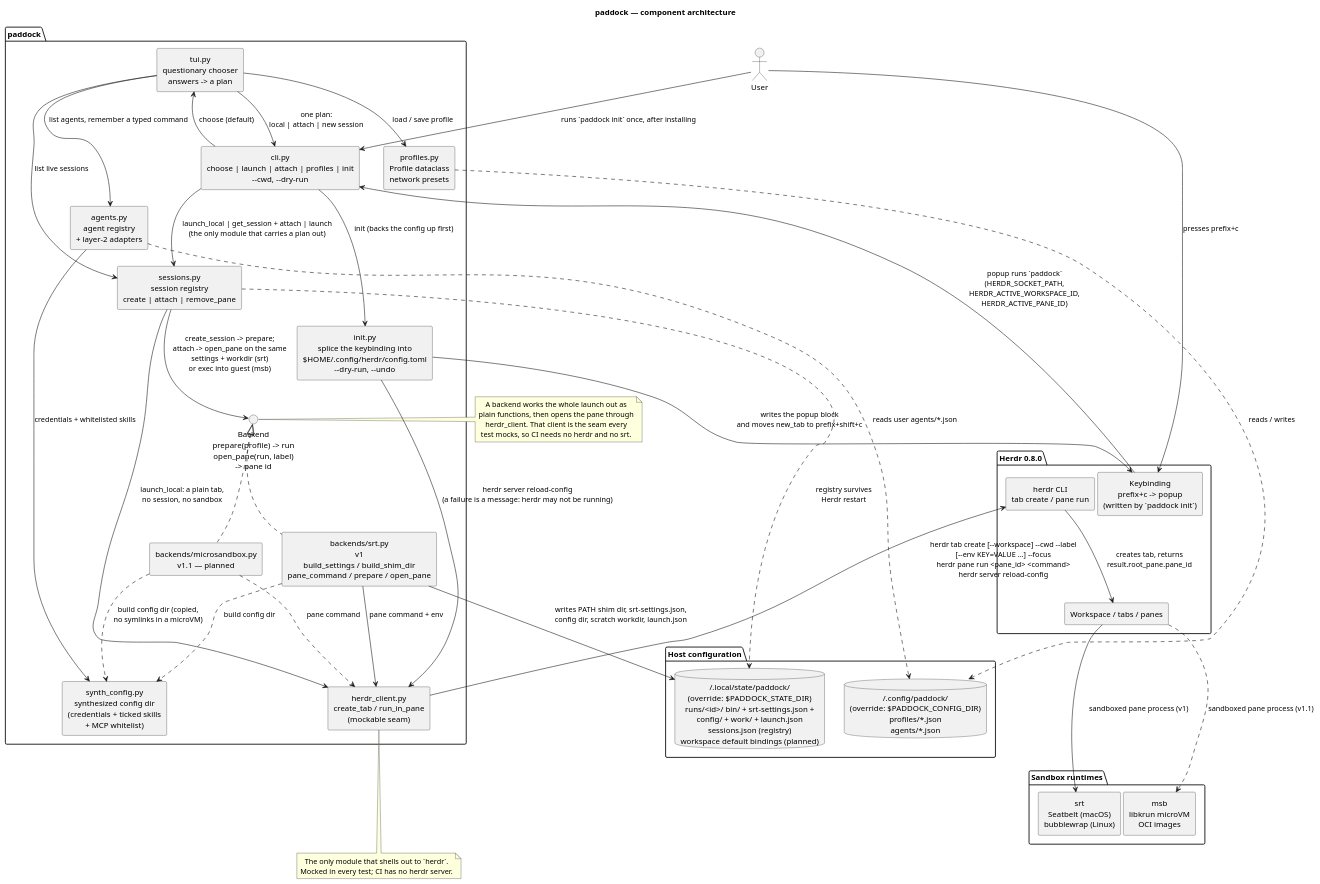
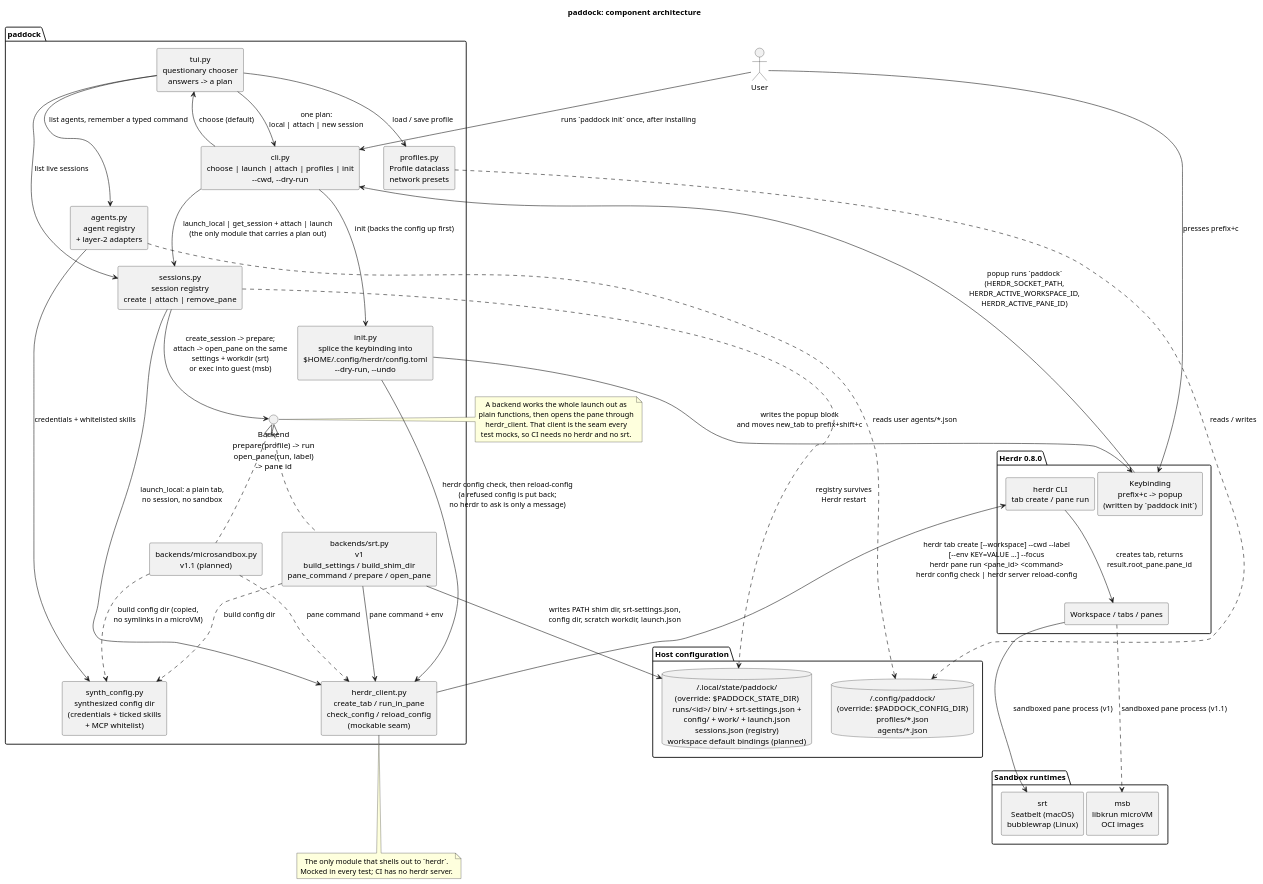
One commit to paddock-sh/paddock changed the diagram in docs/diagrams/architecture.puml. Above: the diagram before and after it, drawn with PlantUML. The commit also changed 7 other files, not shown here.

First line of the commit message:
fix: make `paddock init` safe on every config shape

```diff
--- a/docs/diagrams/architecture.puml
+++ b/docs/diagrams/architecture.puml
@@ -1,85 +1,85 @@
 @startuml architecture
-title paddock — component architecture
+title paddock: component architecture
 
 skinparam componentStyle rectangle
 skinparam shadowing false
 skinparam defaultTextAlignment center
 
 actor User
 
 package "Herdr 0.8.0" {
   [Keybinding\nprefix+c -> popup\n(written by `paddock init`)] as Keybinding
   [herdr CLI\ntab create / pane run] as HerdrCLI
   [Workspace / tabs / panes] as HerdrUI
 }
 
 package "paddock" {
   [cli.py\nchoose | launch | attach | profiles | init\n~--cwd, ~--dry-run] as CLI
   [init.py\nsplice the keybinding into\n$HOME/.config/herdr/config.toml\n~--dry-run, ~--undo] as Init
   [tui.py\nquestionary chooser\nanswers -> a plan] as TUI
   [sessions.py\nsession registry\ncreate | attach | remove_pane] as Sessions
   [profiles.py\nProfile dataclass\nnetwork presets] as Profiles
   [agents.py\nagent registry\n+ layer-2 adapters] as Agents
   [synth_config.py\nsynthesized config dir\n(credentials + ticked skills\n+ MCP whitelist)] as SynthConfig
   interface "Backend\nprepare(profile) -> run\nopen_pane(run, label)\n-> pane id" as BackendAPI
   [backends/srt.py\nv1\nbuild_settings / build_shim_dir\npane_command / prepare / open_pane] as SrtBackend
-  [backends/microsandbox.py\nv1.1 — planned] as MsbBackend
-  [herdr_client.py\ncreate_tab / run_in_pane\n(mockable seam)] as HerdrClient
+  [backends/microsandbox.py\nv1.1 (planned)] as MsbBackend
+  [herdr_client.py\ncreate_tab / run_in_pane\ncheck_config / reload_config\n(mockable seam)] as HerdrClient
 }
 
 package "Host configuration" {
   database "~/.config/paddock/\n(override: $PADDOCK_CONFIG_DIR)\nprofiles/*.json\nagents/*.json" as ConfigFiles
   database "~/.local/state/paddock/\n(override: $PADDOCK_STATE_DIR)\nruns/<id>/ bin/ + srt-settings.json +\nconfig/ + work/ + launch.json\nsessions.json (registry)\nworkspace default bindings (planned)" as RunDir
 }
 
 package "Sandbox runtimes" {
   [srt\nSeatbelt (macOS)\nbubblewrap (Linux)] as Srt
   [msb\nlibkrun microVM\nOCI images] as Msb
 }
 
 User --> CLI : runs `paddock init` once, after installing
 CLI --> Init : init (backs the config up first)
 Init --> Keybinding : writes the popup block\nand moves new_tab to prefix+shift+c
-Init --> HerdrClient : herdr server reload-config\n(a failure is a message: herdr may not be running)
+Init --> HerdrClient : herdr config check, then reload-config\n(a refused config is put back;\nno herdr to ask is only a message)
 User --> Keybinding : presses prefix+c
 Keybinding --> CLI : popup runs `paddock`\n(HERDR_SOCKET_PATH,\nHERDR_ACTIVE_WORKSPACE_ID,\nHERDR_ACTIVE_PANE_ID)
 CLI --> TUI : choose (default)
 TUI --> CLI : one plan:\nlocal | attach | new session
 TUI --> Profiles : load / save profile
 TUI --> Agents : list agents, remember a typed command
 TUI --> Sessions : list live sessions
 Sessions ..> RunDir : registry survives\nHerdr restart
 Profiles ..> ConfigFiles : reads / writes
 Agents ..> ConfigFiles : reads user agents/*.json
 
 CLI --> Sessions : launch_local | get_session + attach | launch\n(the only module that carries a plan out)
 BackendAPI <|.. SrtBackend
 BackendAPI <|.. MsbBackend
 
 SrtBackend --> RunDir : writes PATH shim dir, srt-settings.json,\nconfig dir, scratch workdir, launch.json
 Sessions --> BackendAPI : create_session -> prepare;\nattach -> open_pane on the same\nsettings + workdir (srt)\nor exec into guest (msb)
 Sessions --> HerdrClient : launch_local: a plain tab,\nno session, no sandbox
 SrtBackend ..> SynthConfig : build config dir
 MsbBackend ..> SynthConfig : build config dir (copied,\nno symlinks in a microVM)
 Agents --> SynthConfig : credentials + whitelisted skills
 
 SrtBackend --> HerdrClient : pane command + env
 MsbBackend ..> HerdrClient : pane command
-HerdrClient --> HerdrCLI : herdr tab create [~--workspace] ~--cwd ~--label\n[~--env KEY=VALUE ...] ~--focus\nherdr pane run <pane_id> <command>\nherdr server reload-config
+HerdrClient --> HerdrCLI : herdr tab create [~--workspace] ~--cwd ~--label\n[~--env KEY=VALUE ...] ~--focus\nherdr pane run <pane_id> <command>\nherdr config check | herdr server reload-config
 HerdrCLI --> HerdrUI : creates tab, returns\nresult.root_pane.pane_id
 HerdrUI --> Srt : sandboxed pane process (v1)
 HerdrUI ..> Msb : sandboxed pane process (v1.1)
 
 note right of BackendAPI
   A backend works the whole launch out as
   plain functions, then opens the pane through
   herdr_client. That client is the seam every
   test mocks, so CI needs no herdr and no srt.
 end note
 
 note bottom of HerdrClient
   The only module that shells out to `herdr`.
   Mocked in every test; CI has no herdr server.
 end note
 
 @enduml
```
